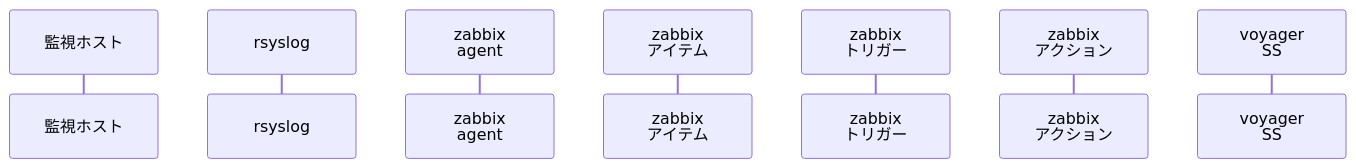
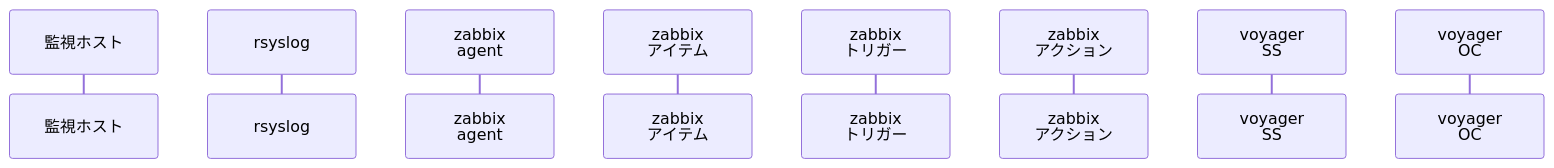
Before and after one commit to panda-git-hub/handbook: the second of 2 diagrams in README.md, drawn with Mermaid.

````diff
--- a/README.md
+++ b/README.md
@@ -21,11 +21,12 @@
 ```mermaid
 sequenceDiagram
   autonumber
   participant A as 監視ホスト
   participant B as rsyslog
   participant C as zabbix<br>agent
   participant D as zabbix<br>アイテム
   participant E as zabbix<br>トリガー
   participant F as zabbix<br>アクション
   participant G as voyager<br>SS
+  participant H as voyager<br>OC
 ```
````
